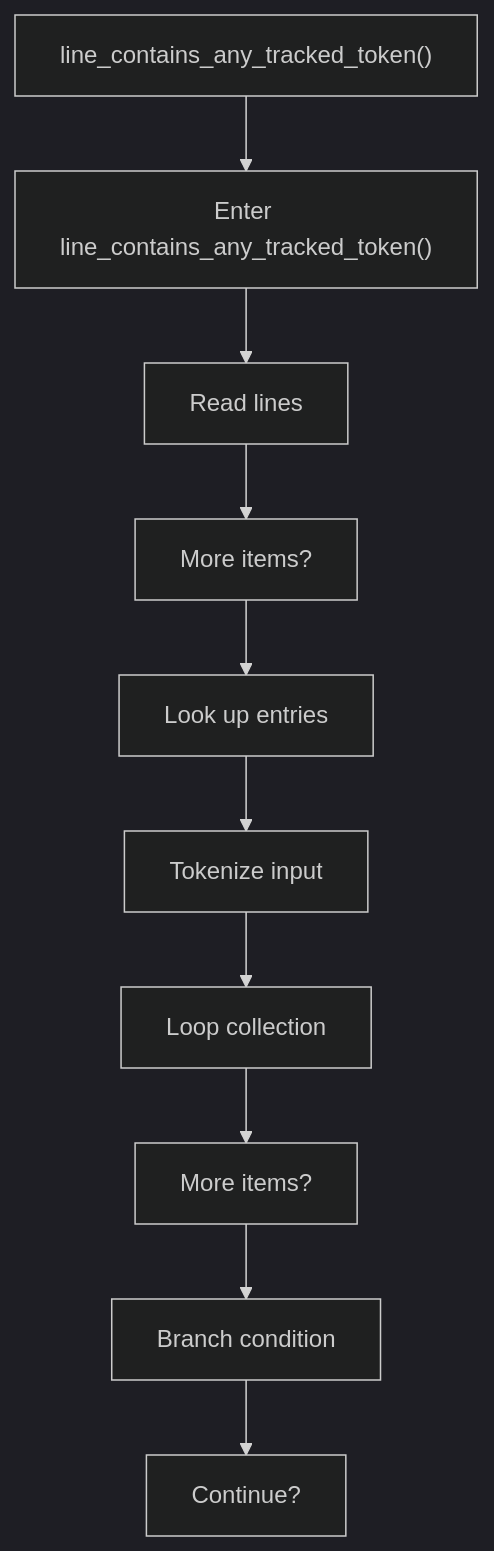
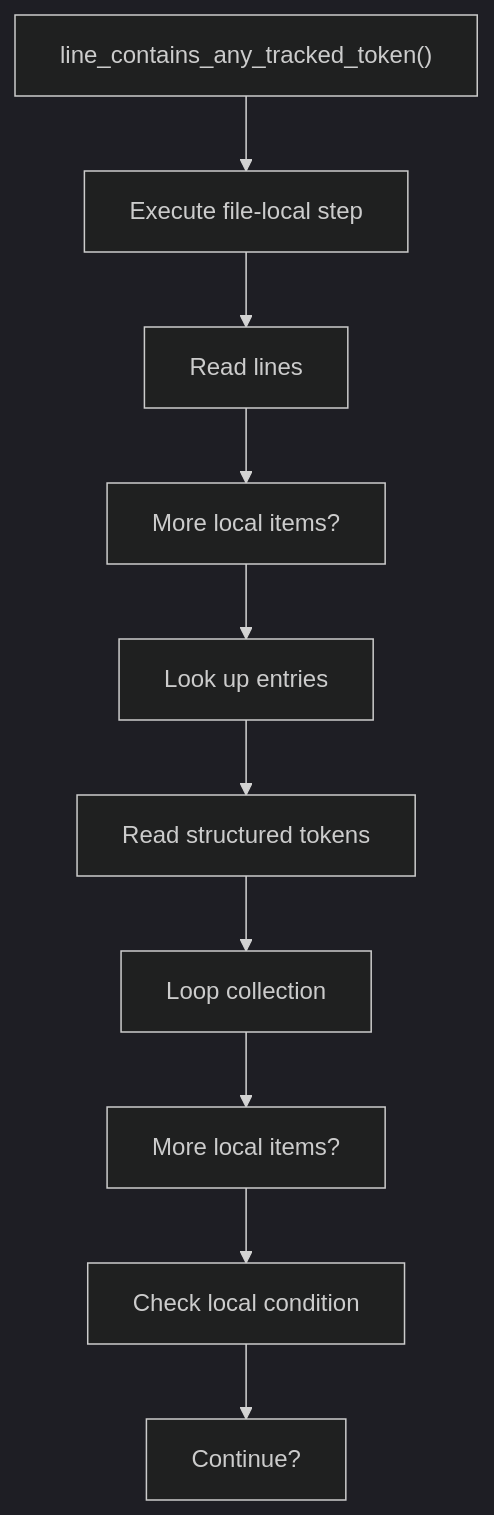
The fourth of 7 diagrams in docs/Codebase/Microservice/Modules/Source/Trees/ClassGeneration/VirtualBroken/relevance.cpp.md (JohnAndrewBalbarosa/NeoTerritory), drawn with Mermaid (dark theme) before and after one commit. The commit also changed other lines of this file and 925 other files, not shown here.

````diff
--- a/docs/Codebase/Microservice/Modules/Source/Trees/ClassGeneration/VirtualBroken/relevance.cpp.md
+++ b/docs/Codebase/Microservice/Modules/Source/Trees/ClassGeneration/VirtualBroken/relevance.cpp.md
@@ -134,22 +133,22 @@
 ```mermaid
 flowchart TD
     N0["line_contains_any_tracked_token()"]
-    N1["Enter line_contains_any_tracked_token()"]
+    N1["Execute file-local step"]
     N2["Read lines"]
-    N3["More items?"]
+    N3["More local items?"]
     N4["Look up entries"]
-    N5["Tokenize input"]
+    N5["Read structured tokens"]
     N6["Loop collection"]
-    N7["More items?"]
-    N8["Branch condition"]
+    N7["More local items?"]
+    N8["Check local condition"]
     N9["Continue?"]
     N0 --> N1
     N1 --> N2
     N2 --> N3
     N3 --> N4
     N4 --> N5
     N5 --> N6
     N6 --> N7
     N7 --> N8
     N8 --> N9
 ```
````
